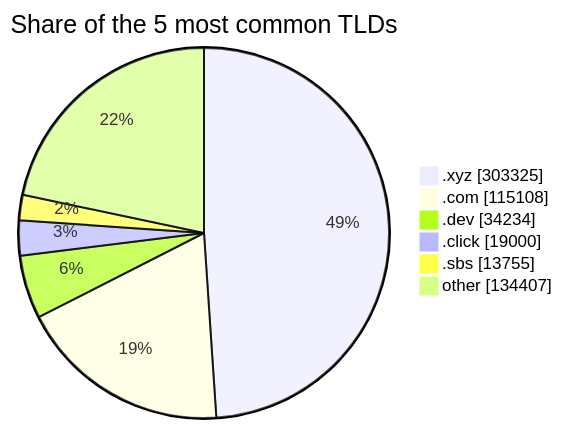
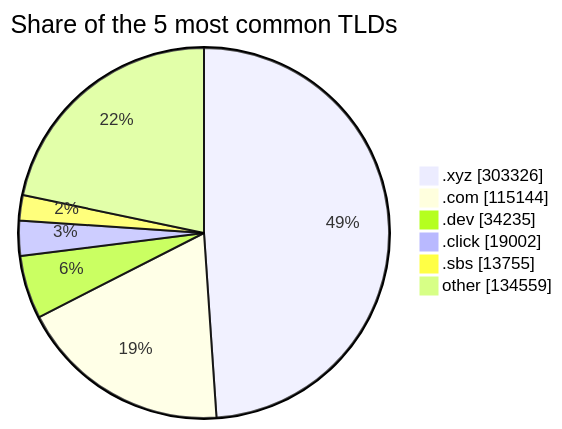
One commit to DNSBunker/CTI changed the third of 3 diagrams in README.md. Above: the diagram before and after it, drawn with Mermaid. The commit also changed other lines of this file and 3 other files, not shown here.

````diff
--- a/README.md
+++ b/README.md
@@ -81,9 +81,9 @@
 ```mermaid
 pie showData title Share of the 5 most common TLDs
-    ".xyz" : 303325
-    ".com" : 115108
-    ".dev" : 34234
-    ".click" : 19000
+    ".xyz" : 303326
+    ".com" : 115144
+    ".dev" : 34235
+    ".click" : 19002
     ".sbs" : 13755
-    "other" : 134407
+    "other" : 134559
 ```
````
